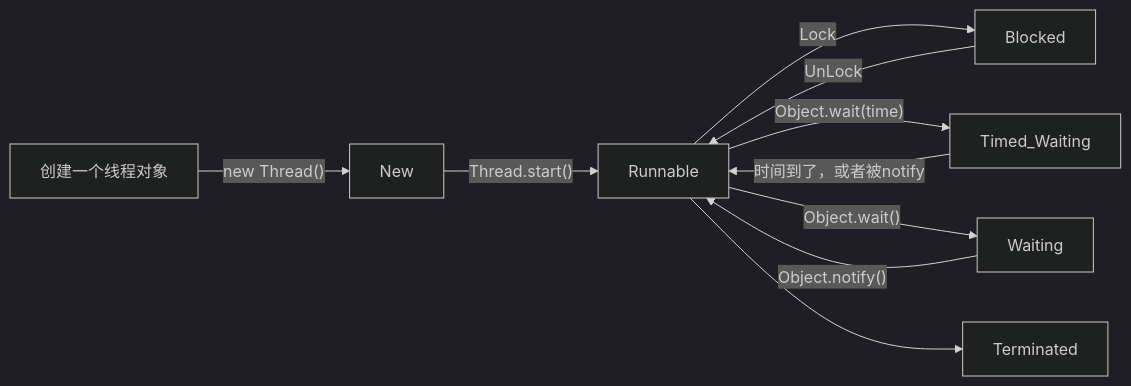
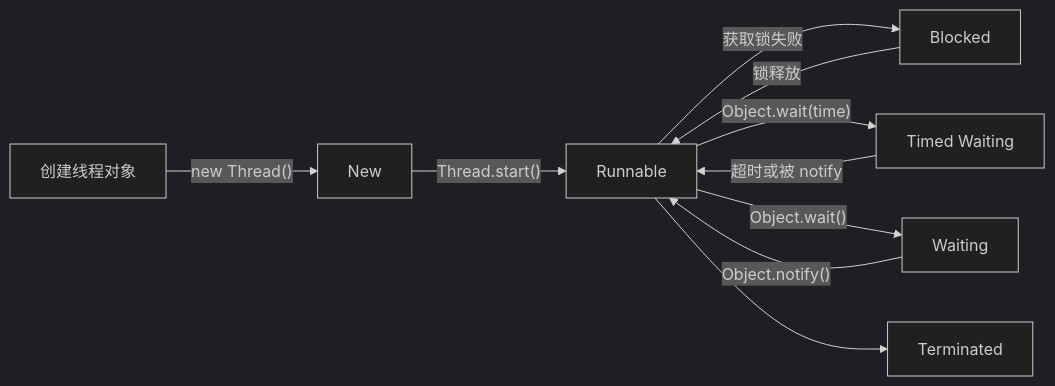
One commit to dezhishen/java-knowledge changed the diagram in 03-Java并发/02-线程基础.md. Above: the diagram before and after it, drawn with Mermaid (dark theme). The commit also changed other lines of this file and 3 other files, not shown here.

````diff
--- a/03-Java并发/02-线程基础.md
+++ b/03-Java并发/02-线程基础.md
@@ -3,12 +3,12 @@
 ```mermaid
 graph LR
-    创建一个线程对象 --"new Thread()"--> New
-    New --"Thread.start()"--> Runnable
-    Runnable --"Lock"--> Blocked
-    Blocked --"UnLock" --> Runnable
-    Runnable --"Object.wait(time)"--> Timed_Waiting
-    Timed_Waiting --"时间到了，或者被notify" -->Runnable
-    Runnable --"Object.wait()"--> Waiting
-    Waiting --"Object.notify()"-->Runnable
-    Runnable --> Terminated
+    A["创建线程对象"] -->|"new Thread()"| NEW["New"]
+    NEW -->|"Thread.start()"| RUN["Runnable"]
+    RUN -->|"获取锁失败"| BLOCK["Blocked"]
+    BLOCK -->|"锁释放"| RUN
+    RUN -->|"Object.wait(time)"| TWAIT["Timed Waiting"]
+    TWAIT -->|"超时或被 notify"| RUN
+    RUN -->|"Object.wait()"| WAIT["Waiting"]
+    WAIT -->|"Object.notify()"| RUN
+    RUN --> END["Terminated"]
 ```
````
